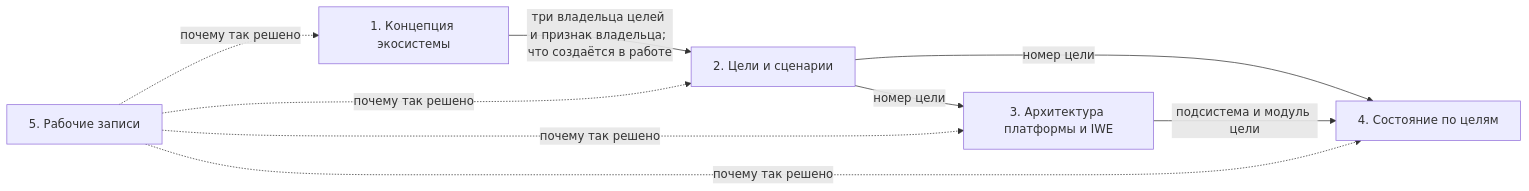
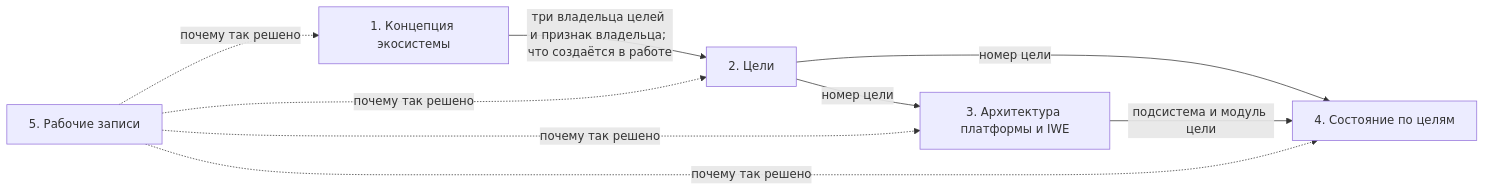
The diagram in pack/ecosystem/07-map/ECO.MAP.003-five-documents.md (MimEcoSys/PACK-ecosystem), drawn with Mermaid before and after one commit. The commit also changed other lines of this file and 1 other file, not shown here.

First line of the commit message:
docs(WP-611 Ф21): fold sections and subsections; document 2 renamed «Цели»

````diff
--- a/pack/ecosystem/07-map/ECO.MAP.003-five-documents.md
+++ b/pack/ecosystem/07-map/ECO.MAP.003-five-documents.md
@@ -66,16 +104,16 @@
 ```mermaid
 flowchart LR
     D1["1. Концепция экосистемы"]
-    D2["2. Цели и сценарии"]
+    D2["2. Цели"]
     D3["3. Архитектура платформы и IWE"]
     D4["4. Состояние по целям"]
     D5["5. Рабочие записи"]
     D1 -- "три владельца целей и признак владельца; что создаётся в работе" --> D2
     D2 -- "номер цели" --> D3
     D2 -- "номер цели" --> D4
     D3 -- "подсистема и модуль цели" --> D4
     D5 -. "почему так решено" .-> D1
     D5 -. "почему так решено" .-> D2
     D5 -. "почему так решено" .-> D3
     D5 -. "почему так решено" .-> D4
 ```
````
